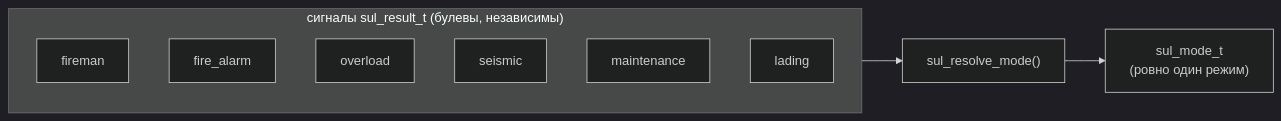
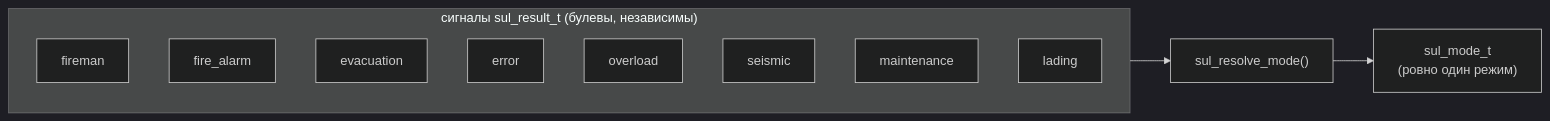
The first of 2 diagrams in docs/tft_app/MODE_PRIORITY.md (OSabuser/tft_manufacture_test), drawn with Mermaid (dark theme) before and after one commit. The commit also changed other lines of this file and 46 other files, not shown here.

````diff
--- a/docs/tft_app/MODE_PRIORITY.md
+++ b/docs/tft_app/MODE_PRIORITY.md
@@ -15,13 +15,15 @@
 ```mermaid
 flowchart LR
     subgraph SIG["сигналы sul_result_t (булевы, независимы)"]
         F["fireman"]
         FA["fire_alarm"]
+        EV["evacuation"]
+        ER["error"]
         OV["overload"]
         SE["seismic"]
         MA["maintenance"]
         LA["lading"]
     end
     SIG --> R["sul_resolve_mode()"]
     R --> M["sul_mode_t<br/>(ровно один режим)"]
 ```
````
